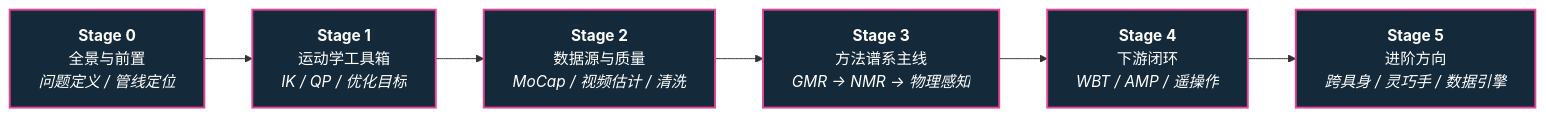
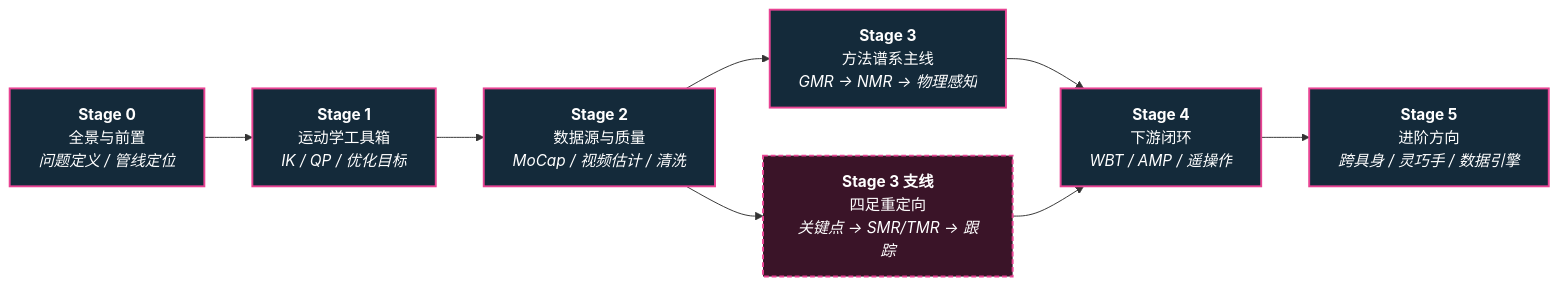
Before and after one commit to ImChong/Robotics_Notebooks: the diagram in roadmap/depth-motion-retargeting.md, drawn with Mermaid. The commit also changed other lines of this file and 9 other files, not shown here.

First line of the commit message:
docs(roadmap): 动作重定向纵深新增四足支线（关键点 → SMR/TMR → legged_gym 跟踪）

````diff
--- a/roadmap/depth-motion-retargeting.md
+++ b/roadmap/depth-motion-retargeting.md
@@ -7,14 +7,18 @@
 ```mermaid
 flowchart LR
   S0["<b>Stage 0</b><br/>全景与前置<br/><em>问题定义 / 管线定位</em>"]
   S1["<b>Stage 1</b><br/>运动学工具箱<br/><em>IK / QP / 优化目标</em>"]
   S2["<b>Stage 2</b><br/>数据源与质量<br/><em>MoCap / 视频估计 / 清洗</em>"]
   S3["<b>Stage 3</b><br/>方法谱系主线<br/><em>GMR → NMR → 物理感知</em>"]
+  S3Q["<b>Stage 3 支线</b><br/>四足重定向<br/><em>关键点 → SMR/TMR → 跟踪</em>"]
   S4["<b>Stage 4</b><br/>下游闭环<br/><em>WBT / AMP / 遥操作</em>"]
   S5["<b>Stage 5</b><br/>进阶方向<br/><em>跨具身 / 灵巧手 / 数据引擎</em>"]
 
   S0 --> S1 --> S2 --> S3 --> S4 --> S5
+  S2 --> S3Q --> S4
 
   classDef stage fill:#142a3a,stroke:#e84393,stroke-width:2px,color:#fff
+  classDef branch fill:#3a1428,stroke:#e84393,stroke-width:2px,stroke-dasharray:5 3,color:#fff
   class S0,S1,S2,S3,S4,S5 stage
+  class S3Q branch
 ```
````
